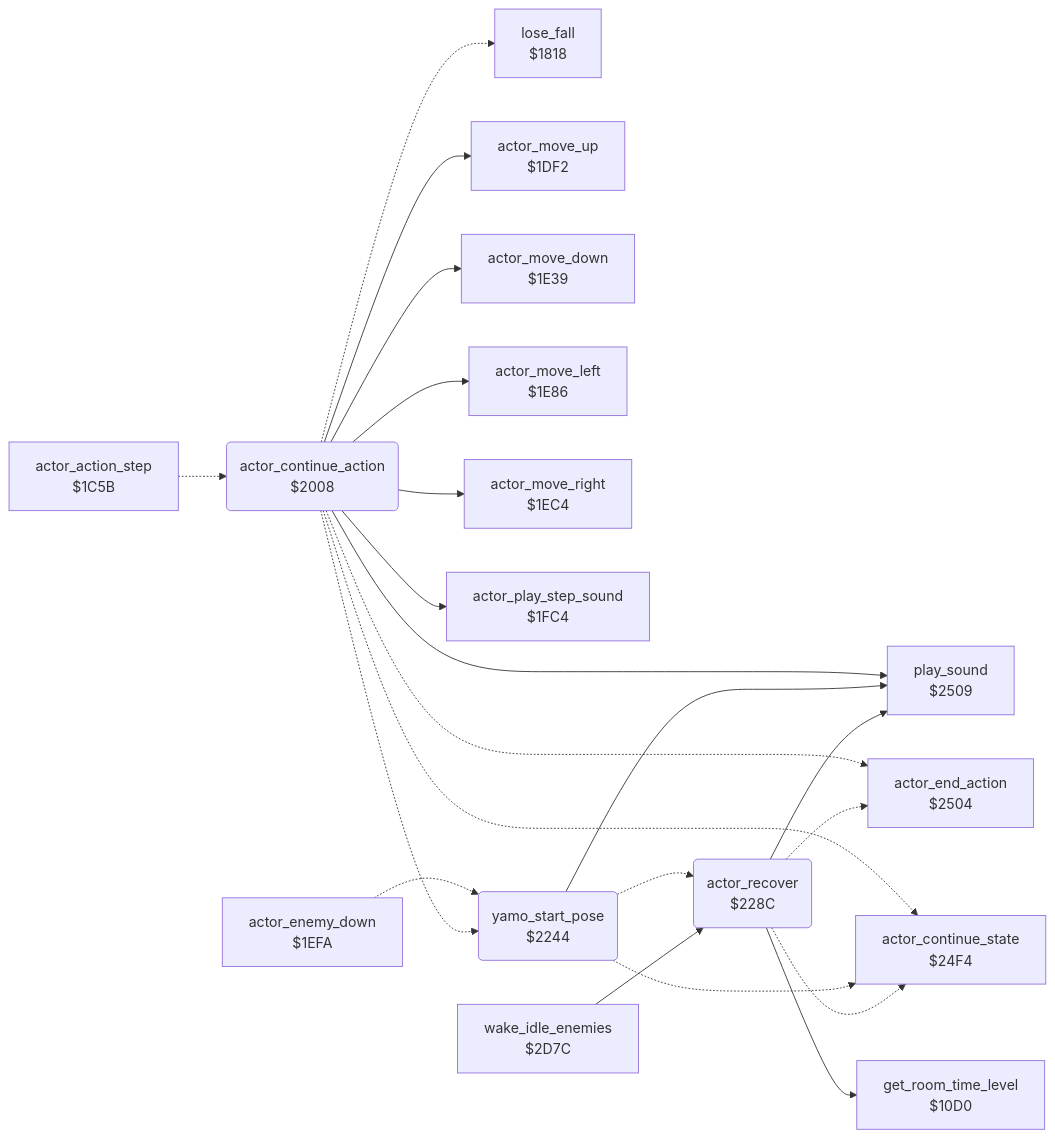
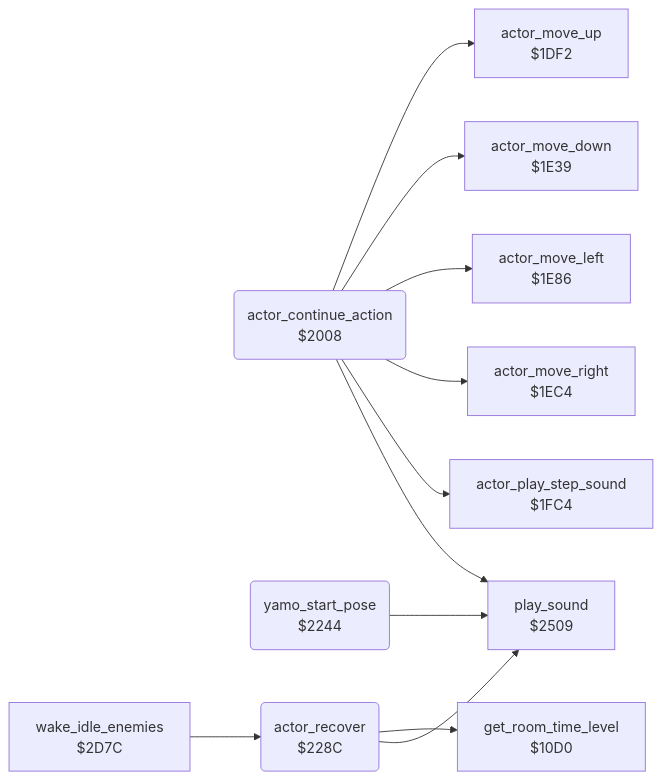
The diagram in bruce_lee/docs/reference/modules/actor/actor_timed_actions.md (henols/c64_games), drawn with Mermaid before and after one commit. The commit also changed other lines of this file and 236 other files, not shown here.

````diff
--- a/bruce_lee/docs/reference/modules/actor/actor_timed_actions.md
+++ b/bruce_lee/docs/reference/modules/actor/actor_timed_actions.md
@@ -10,39 +18,24 @@
 ```mermaid
 flowchart LR
   n10d0["get_room_time_level<br/>$10D0"]
-  n1818["lose_fall<br/>$1818"]
-  n1c5b["actor_action_step<br/>$1C5B"]
   n1df2["actor_move_up<br/>$1DF2"]
   n1e39["actor_move_down<br/>$1E39"]
   n1e86["actor_move_left<br/>$1E86"]
   n1ec4["actor_move_right<br/>$1EC4"]
-  n1efa["actor_enemy_down<br/>$1EFA"]
   n1fc4["actor_play_step_sound<br/>$1FC4"]
   n2008("actor_continue_action<br/>$2008")
   n2244("yamo_start_pose<br/>$2244")
   n228c("actor_recover<br/>$228C")
-  n24f4["actor_continue_state<br/>$24F4"]
-  n2504["actor_end_action<br/>$2504"]
   n2509["play_sound<br/>$2509"]
   n2d7c["wake_idle_enemies<br/>$2D7C"]
-  n1c5b -.-> n2008
-  n1efa -.-> n2244
-  n2008 -.-> n1818
   n2008 --> n1df2
   n2008 --> n1e39
   n2008 --> n1e86
   n2008 --> n1ec4
   n2008 --> n1fc4
-  n2008 -.-> n2244
-  n2008 -.-> n24f4
-  n2008 -.-> n2504
   n2008 --> n2509
-  n2244 -.-> n228c
-  n2244 -.-> n24f4
   n2244 --> n2509
   n228c --> n10d0
-  n228c -.-> n24f4
-  n228c -.-> n2504
   n228c --> n2509
   n2d7c --> n228c
 ```
````
